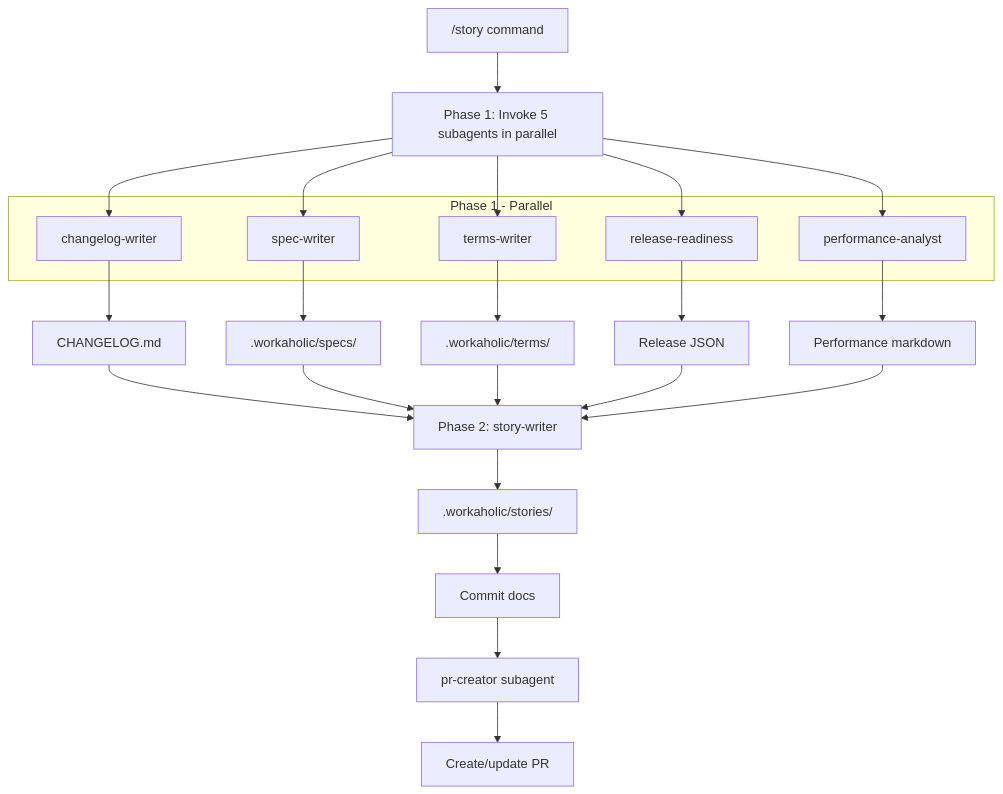
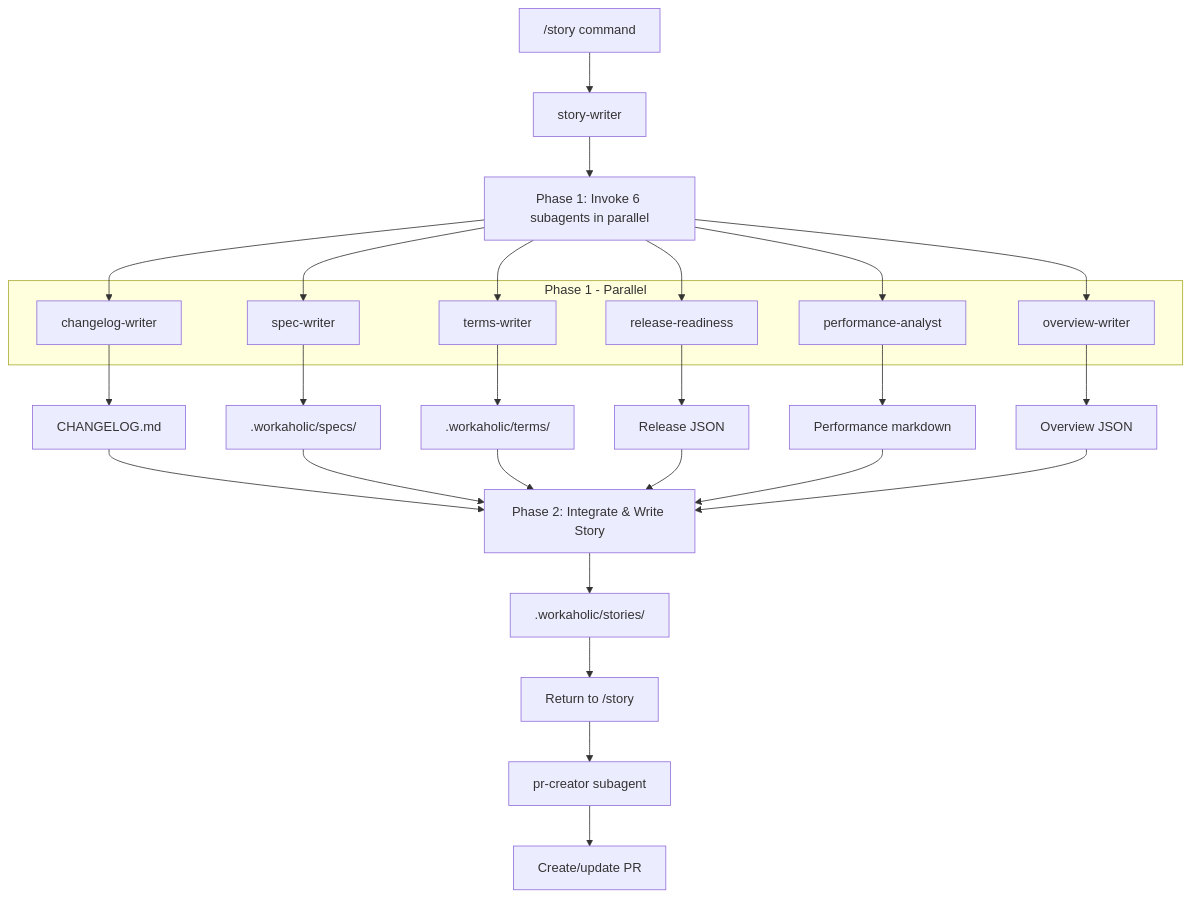
One commit to qmu/workaholic changed the sixth of 6 diagrams in .workaholic/specs/architecture.md. Above: the diagram before and after it, drawn with Mermaid. The commit also changed other lines of this file and 4 other files, not shown here.

````diff
--- a/.workaholic/specs/architecture.md
+++ b/.workaholic/specs/architecture.md
@@ -330,36 +335,42 @@
 ```mermaid
 flowchart TD
-    A["/story command"] --> C[Phase 1: Invoke 5 subagents in parallel]
+    A["/story command"] --> SW[story-writer]
+
+    SW --> P1[Phase 1: Invoke 6 subagents in parallel]
 
     subgraph Phase 1 - Parallel
         D[changelog-writer]
         F[spec-writer]
         G[terms-writer]
         RR[release-readiness]
         PA[performance-analyst]
+        OW[overview-writer]
     end
 
-    C --> D
-    C --> F
-    C --> G
-    C --> RR
-    C --> PA
+    P1 --> D
+    P1 --> F
+    P1 --> G
+    P1 --> RR
+    P1 --> PA
+    P1 --> OW
 
     D --> H[CHANGELOG.md]
     F --> J[.workaholic/specs/]
     G --> K[.workaholic/terms/]
     RR --> RL[Release JSON]
     PA --> PM[Performance markdown]
+    OW --> OJ[Overview JSON]
 
-    H --> P2[Phase 2: story-writer]
+    H --> P2[Phase 2: Integrate & Write Story]
     J --> P2
     K --> P2
     RL --> P2
     PM --> P2
+    OJ --> P2
 
     P2 --> I[.workaholic/stories/]
-    I --> L[Commit docs]
+    I --> L[Return to /story]
 
     L --> M[pr-creator subagent]
     M --> N[Create/update PR]
 ```
````
